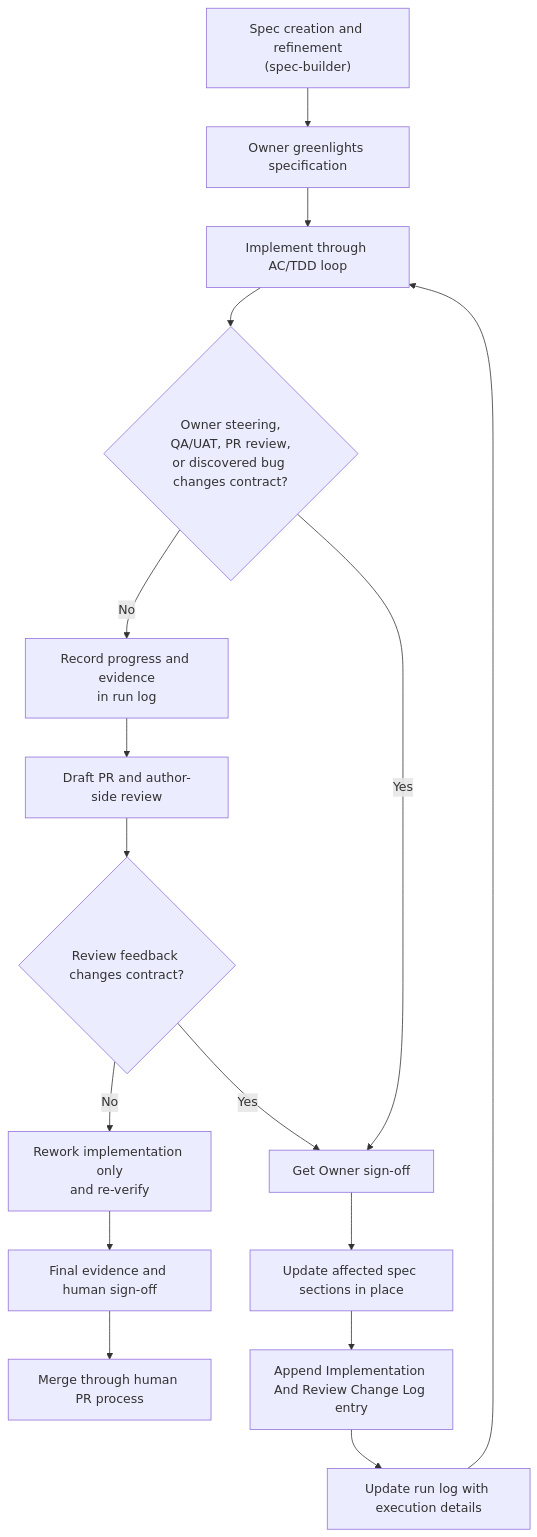
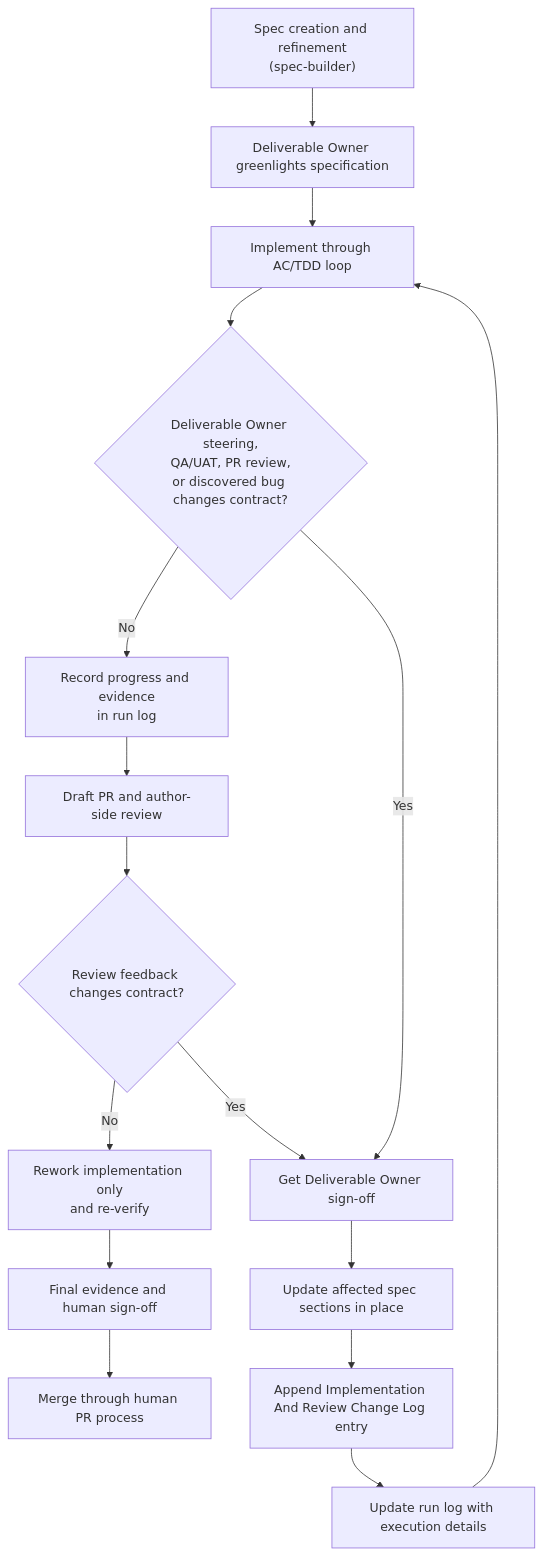
Before and after one commit to zazzcode/zazz-skills: the diagram in .agents/skills/spec-driven/SKILL.md, drawn with Mermaid. The commit also changed other lines of this file and 44 other files, not shown here.

````diff
--- a/.agents/skills/spec-driven/SKILL.md
+++ b/.agents/skills/spec-driven/SKILL.md
@@ -39,18 +48,18 @@
 ```mermaid
 flowchart TD
-    A["Spec creation and refinement<br/>(spec-builder)"] --> B["Owner greenlights specification"]
+    A["Spec creation and refinement<br/>(spec-builder)"] --> B["Deliverable Owner greenlights specification"]
     B --> C["Implement through AC/TDD loop"]
-    C --> D{"Owner steering,<br/>QA/UAT, PR review,<br/>or discovered bug changes contract?"}
+    C --> D{"Deliverable Owner steering,<br/>QA/UAT, PR review,<br/>or discovered bug changes contract?"}
     D -- "No" --> E["Record progress and evidence<br/>in run log"]
     E --> F["Draft PR and author-side review"]
     F --> G{"Review feedback changes contract?"}
     G -- "No" --> H["Rework implementation only<br/>and re-verify"]
     H --> I["Final evidence and human sign-off"]
     I --> J["Merge through human PR process"]
-    D -- "Yes" --> K["Get Owner sign-off"]
+    D -- "Yes" --> K["Get Deliverable Owner sign-off"]
     G -- "Yes" --> K
     K --> L["Update affected spec sections in place"]
     L --> M["Append Implementation And Review Change Log entry"]
     M --> N["Update run log with execution details"]
     N --> C
 ```
````
